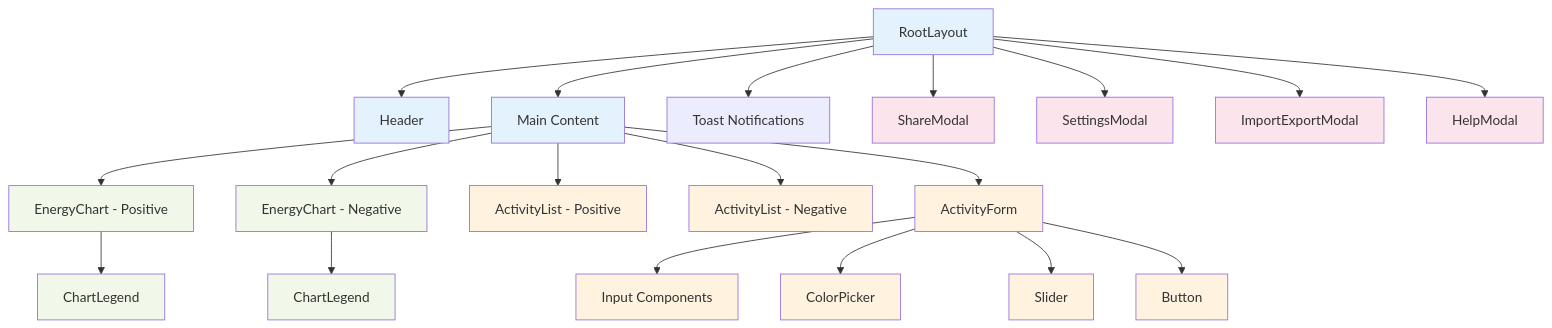
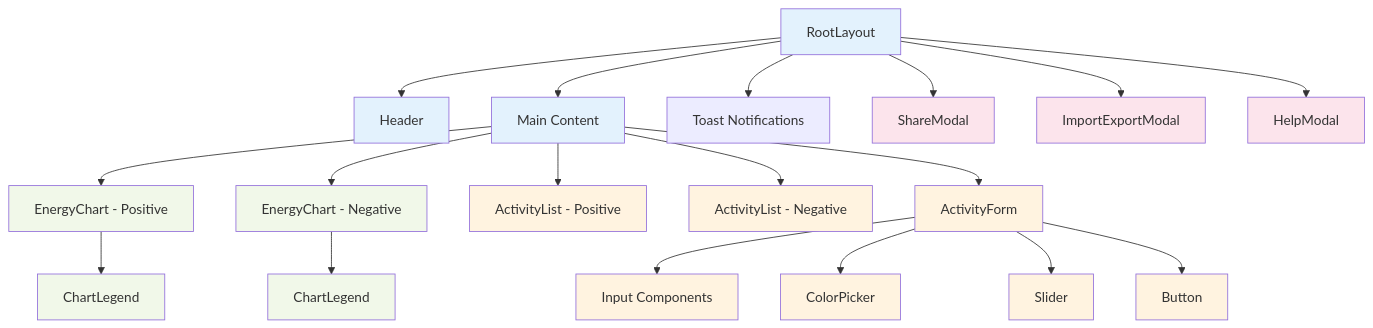
Before and after one commit to tobihagemann/energiekuchen: the third of 13 diagrams in docs/software_design.md, drawn with Mermaid. The commit also changed other lines of this file and 22 other files, not shown here.

Commit message:
Remove settings modal

````diff
--- a/docs/software_design.md
+++ b/docs/software_design.md
@@ -173,35 +172,34 @@
 ```mermaid
 graph TD
     A[RootLayout] --> B[Header]
     A --> C[Main Content]
     A --> D[Toast Notifications]
 
     C --> E[EnergyChart - Positive]
     C --> F[EnergyChart - Negative]
     C --> G[ActivityList - Positive]
     C --> H[ActivityList - Negative]
     C --> I[ActivityForm]
 
     E --> J[ChartLegend]
     F --> K[ChartLegend]
 
     A --> L[ShareModal]
-    A --> M[SettingsModal]
-    A --> N[ImportExportModal]
-    A --> O[HelpModal]
+    A --> M[ImportExportModal]
+    A --> N[HelpModal]
 
     I --> P[Input Components]
     I --> Q[ColorPicker]
     I --> R[Slider]
     I --> S[Button]
 
     classDef layout fill:#e3f2fd
     classDef chart fill:#f1f8e9
     classDef form fill:#fff3e0
     classDef modal fill:#fce4ec
 
     class A,B,C layout
     class E,F,J,K chart
     class G,H,I,P,Q,R,S form
     class L,M,N,O modal
 ```
````
